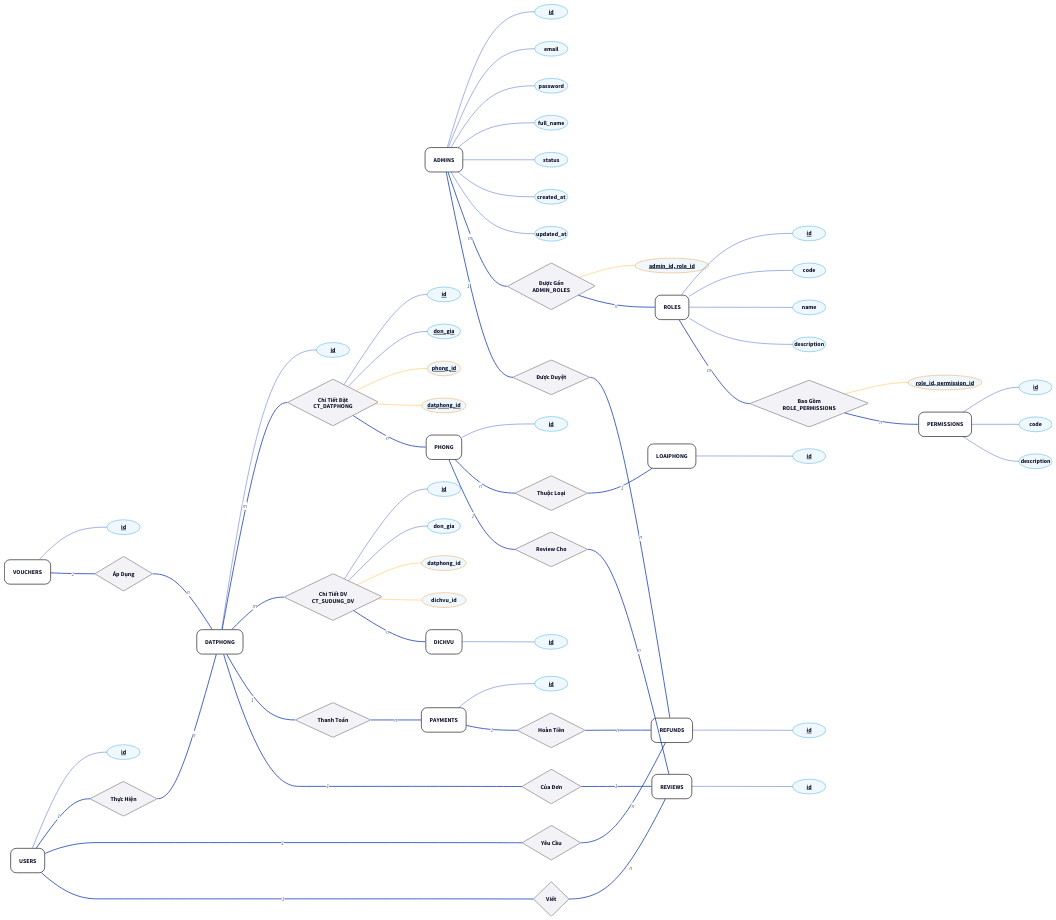
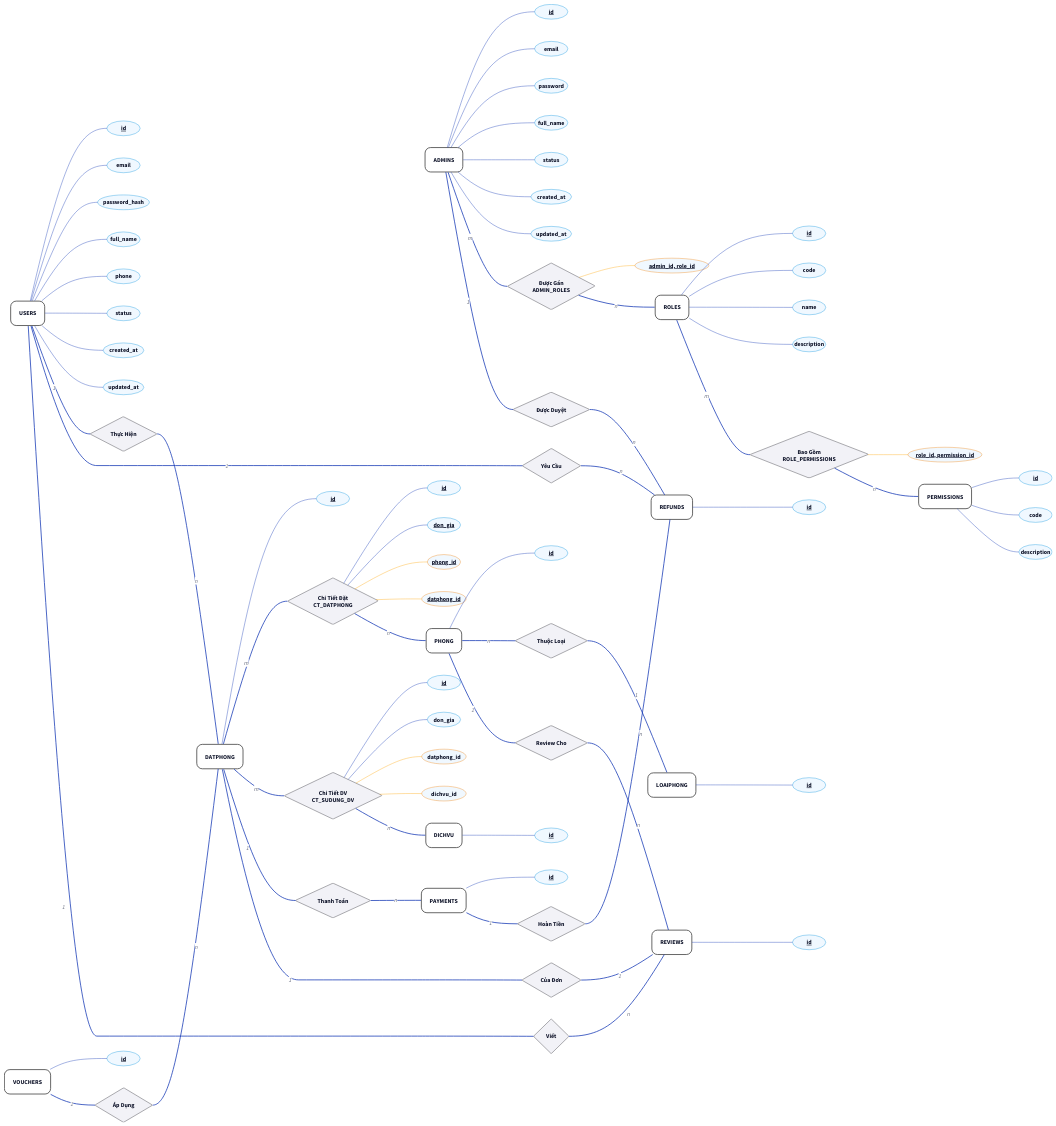
Before and after one commit to sam-uit/ie103-project-report: the diagram in baocao/content/diagrams/ch02-ER.d2, drawn with D2. The commit also changed 1 other file, not shown here.

```diff
--- a/baocao/content/diagrams/ch02-ER.d2
+++ b/baocao/content/diagrams/ch02-ER.d2
@@ -119,8 +119,8 @@
 admin_password: {class: attr; label: "password"}
 admin_full_name: {class: attr; label: "full_name"}
 admin_status: {class: attr; label: "status"}
-admin_created_at: {class: attr; label: "created_at"}
-admin_updated_at: {class: attr; label: "updated_at"}
+admin_created_at: {class: attr; label: "created_at"; width: 110}
+admin_updated_at: {class: attr; label: "updated_at"; width: 110}
 ADMINS -- admin_id: {style: {stroke-width: 1}}
 ADMINS -- admin_email: {style: {stroke-width: 1}}
 ADMINS -- admin_password: {style: {stroke-width: 1}}
@@ -150,10 +150,27 @@
 PERMISSIONS -- permissions_code: {style: {stroke-width: 1}}
 PERMISSIONS -- permissions_description: {style: {stroke-width: 1}}
 
+# MARK: USERS
 USERS: {class: entity; label: "USERS"}
-user_id: {class: attr_pri; label: "id"}
-USERS -- user_id: {style: {stroke-width: 1}}
+users_id: {class: attr_pri; label: "id"}
+users_email: {class: attr; label: "email"}
+users_phone: {class: attr; label: "phone"}
+users_password_hash: {class: attr; label: "password_hash"; width: 140}
+users_full_name: {class: attr; label: "full_name"}
+users_status: {class: attr; label: "status"}
+users_created_at: {class: attr; label: "created_at"; width: 110}
+users_updated_at: {class: attr; label: "updated_at"; width: 110}
 
+USERS -- users_id: {style: {stroke-width: 1}}
+USERS -- users_email: {style: {stroke-width: 1}}
+USERS -- users_password_hash: {style: {stroke-width: 1}}
+USERS -- users_full_name: {style: {stroke-width: 1}}
+USERS -- users_phone: {style: {stroke-width: 1}}
+USERS -- users_status: {style: {stroke-width: 1}}
+USERS -- users_created_at: {style: {stroke-width: 1}}
+USERS -- users_updated_at: {style: {stroke-width: 1}}
+
+# MARK: VOUCHERS
 VOUCHERS: {class: entity; label: "VOUCHERS"}
 voucher_id: {class: attr_pri; label: "id"}
 VOUCHERS -- voucher_id: {style: {stroke-width: 1}}
```
